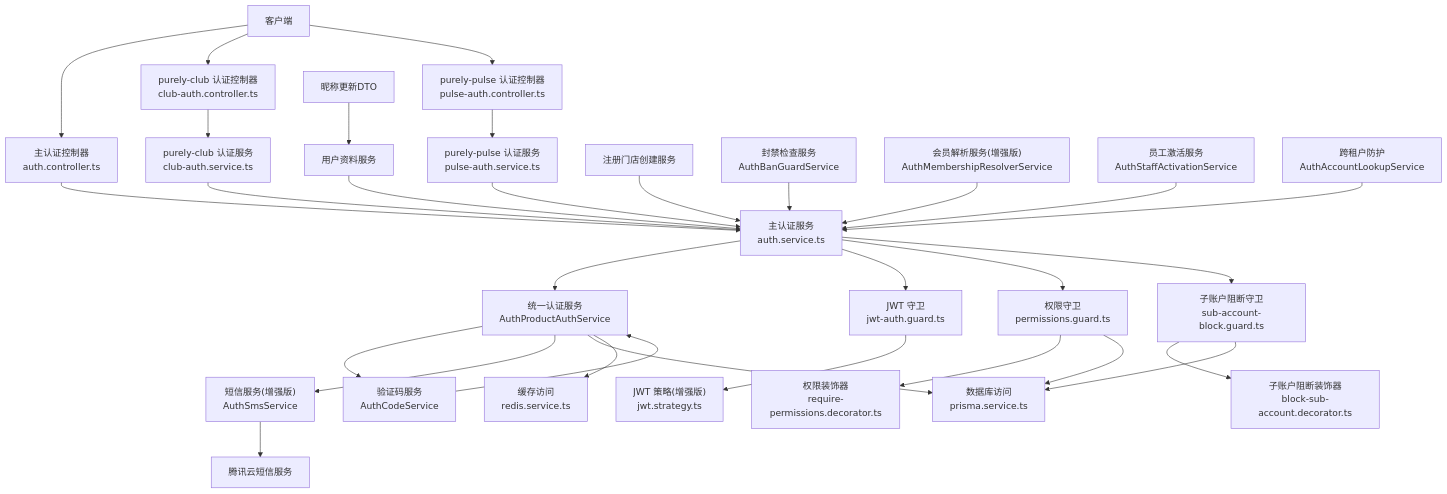
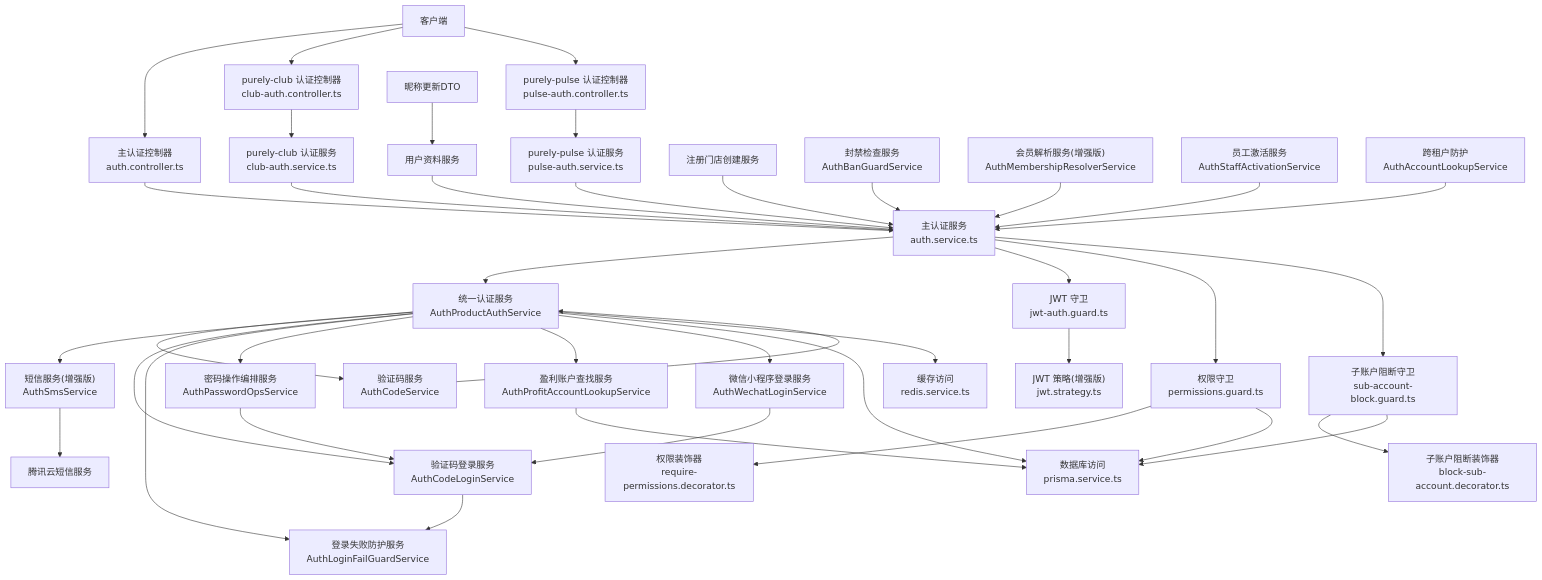
The second of 22 diagrams in .qoder/repowiki/zh/content/认证授权系统/认证授权系统.md (rc558620/purelyprofit-server), drawn with Mermaid before and after one commit. The commit also changed other lines of this file and 164 other files, not shown here.

````diff
--- a/.qoder/repowiki/zh/content/认证授权系统/认证授权系统.md
+++ b/.qoder/repowiki/zh/content/认证授权系统/认证授权系统.md
@@ -266,33 +306,42 @@
 ```mermaid
 graph TB
 Client["客户端"] --> MainAPI["主认证控制器<br/>auth.controller.ts"]
 Client --> ClubAPI["purely-club 认证控制器<br/>club-auth.controller.ts"]
 Client --> PulseAPI["purely-pulse 认证控制器<br/>pulse-auth.controller.ts"]
 MainAPI --> MainAuthSvc["主认证服务<br/>auth.service.ts"]
 ClubAPI --> ClubAuthSvc["purely-club 认证服务<br/>club-auth.service.ts"]
 PulseAPI --> PulseAuthSvc["purely-pulse 认证服务<br/>pulse-auth.service.ts"]
 PulseAuthSvc --> MainAuthSvc
 MainAuthSvc --> UnifiedAuth["统一认证服务<br/>AuthProductAuthService"]
 UnifiedAuth --> CodeSvc["验证码服务<br/>AuthCodeService"]
 UnifiedAuth --> SmsSvcEnhanced["短信服务(增强版)<br/>AuthSmsService"]
+UnifiedAuth --> CodeLoginSvc["验证码登录服务<br/>AuthCodeLoginService"]
+UnifiedAuth --> LoginFailGuard["登录失败防护服务<br/>AuthLoginFailGuardService"]
+UnifiedAuth --> PasswordOpsSvc["密码操作编排服务<br/>AuthPasswordOpsService"]
+UnifiedAuth --> ProfitAccountLookup["盈利账户查找服务<br/>AuthProfitAccountLookupService"]
+UnifiedAuth --> WechatLoginSvc["微信小程序登录服务<br/>AuthWechatLoginService"]
 MainAuthSvc --> JwtGuard["JWT 守卫<br/>jwt-auth.guard.ts"]
 JwtGuard --> JwtStrategyEnhanced["JWT 策略(增强版)<br/>jwt.strategy.ts"]
 MainAuthSvc --> PermGuard["权限守卫<br/>permissions.guard.ts"]
 PermGuard --> Decorators["权限装饰器<br/>require-permissions.decorator.ts"]
 MainAuthSvc --> SubAccBlock["子账户阻断守卫<br/>sub-account-block.guard.ts"]
 SubAccBlock --> SubAccDecorators["子账户阻断装饰器<br/>block-sub-account.decorator.ts"]
 ClubAuthSvc --> MainAuthSvc
 UnifiedAuth --> Prisma["数据库访问<br/>prisma.service.ts"]
 UnifiedAuth --> Redis["缓存访问<br/>redis.service.ts"]
 SmsSvcEnhanced --> TencentCloud["腾讯云短信服务"]
+CodeLoginSvc --> LoginFailGuard
+PasswordOpsSvc --> CodeLoginSvc
+ProfitAccountLookup --> Prisma
+WechatLoginSvc --> CodeLoginSvc
 CodeSvc --> UnifiedAuth
 PermGuard --> Prisma
 SubAccBlock --> Prisma
 UPS["用户资料服务"] --> MainAuthSvc
 ARS["注册门店创建服务"] --> MainAuthSvc
 URNS["昵称更新DTO"] --> UPS
 ABGS["封禁检查服务<br/>AuthBanGuardService"] --> MainAuthSvc
 AMRS["会员解析服务(增强版)<br/>AuthMembershipResolverService"] --> MainAuthSvc
 ASAS["员工激活服务<br/>AuthStaffActivationService"] --> MainAuthSvc
 CrossTenant["跨租户防护<br/>AuthAccountLookupService"] --> MainAuthSvc
 ```
````
